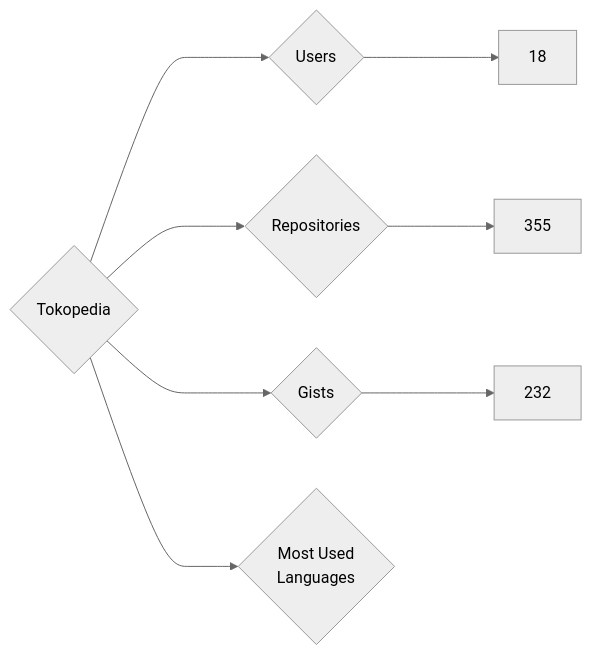
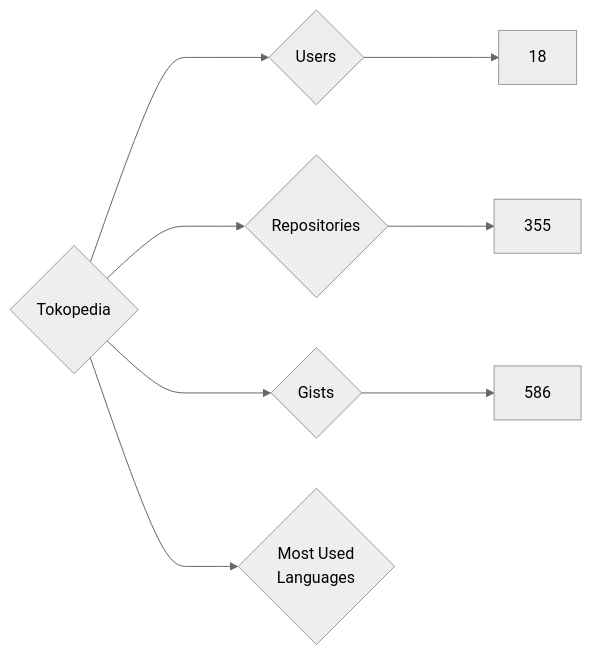
One commit to nenadzaric/insiders changed the diagram in targets/Tokopedia/README.md. Above: the diagram before and after it, drawn with Mermaid (neutral theme). The commit also changed 1342 other files, not shown here.

````diff
--- a/targets/Tokopedia/README.md
+++ b/targets/Tokopedia/README.md
@@ -3,8 +3,8 @@
 ```mermaid
 graph LR
 COMPANY_NAME{Tokopedia}
 COMPANY_NAME ---> U{Users} ---> UN[18]
 COMPANY_NAME ---> R{Repositories} ---> RN[355]
-COMPANY_NAME ---> G{Gists} ---> GN[232]
+COMPANY_NAME ---> G{Gists} ---> GN[586]
 COMPANY_NAME ---> ML{Most Used<br>Languages}
 ```
````
